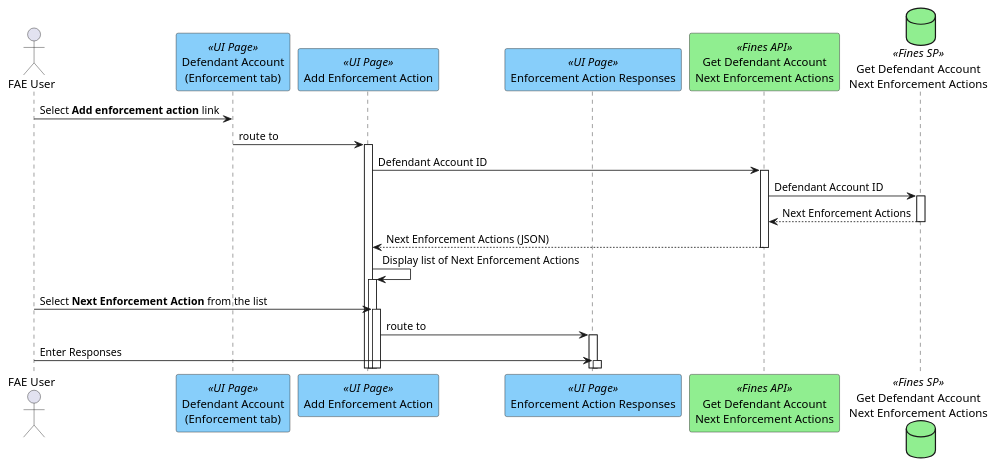
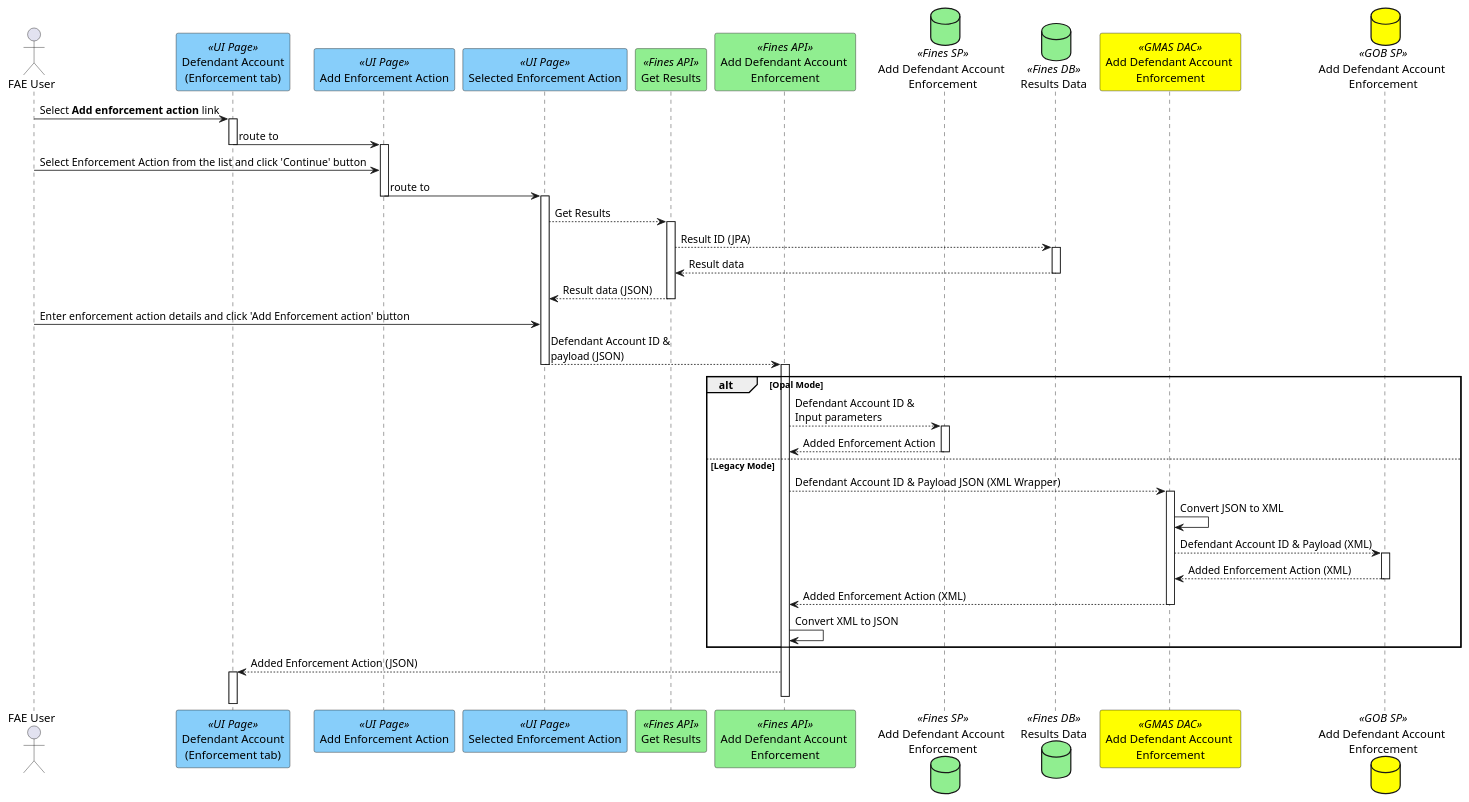
Before and after one commit to hmcts/opal-docs: the diagram in plantUML/fae-enforcement/fae-enforcement-tab-add-action.puml, drawn with PlantUML. The commit also changed 1 other file, not shown here.

Commit message:
enforcement actions and remove hold

```diff
--- a/plantUML/fae-enforcement/fae-enforcement-tab-add-action.puml
+++ b/plantUML/fae-enforcement/fae-enforcement-tab-add-action.puml
@@ -1,19 +1,34 @@
 @startuml
 actor "FAE User" as user
 participant "Defendant Account\n(Enforcement tab)" as page <<UI Page>> #lightskyblue
 participant "Add Enforcement Action" as enfpage <<UI Page>> #lightskyblue
-participant "Enforcement Action Responses" as respage <<UI Page>> #lightskyblue
-participant "Get Defendant Account\nNext Enforcement Actions" as nextenfapi <<Fines API>> #lightgreen
-database "Get Defendant Account\nNext Enforcement Actions" as nextenfsp <<Fines SP>>  #lightgreen
-user -> page : Select <b>Add enforcement action</b> link
-autoactivate on
-page -> enfpage : route to
-enfpage -> nextenfapi : Defendant Account ID
-nextenfapi -> nextenfsp : Defendant Account ID
-nextenfapi <-- nextenfsp : Next Enforcement Actions
-enfpage <-- nextenfapi : Next Enforcement Actions (JSON)
-enfpage -> enfpage : Display list of Next Enforcement Actions
-user -> enfpage : Select <b>Next Enforcement Action</b> from the list
-enfpage -> respage : route to
-user -> respage : Enter Responses
+participant "Selected Enforcement Action" as enfdetpage <<UI Page>> #lightskyblue
+participant "Get Results" as resapi <<Fines API>> #lightgreen
+participant "Add Defendant Account \nEnforcement" as nextenfapi <<Fines API>> #lightgreen
+database "Add Defendant Account \nEnforcement" as nextenfsp <<Fines SP>>  #lightgreen
+database "Results Data" as resdb <<Fines DB>>  #lightgreen
+participant "Add Defendant Account \nEnforcement" as gmasdac <<GMAS DAC>> #yellow
+database "Add Defendant Account \nEnforcement" as gobdb <<GOB SP>> #yellow
+user -> page ++: Select <b>Add enforcement action</b> link
+page -> enfpage --++: route to
+user -> enfpage : Select Enforcement Action from the list and click 'Continue' button
+enfpage -> enfdetpage --++: route to
+enfdetpage --> resapi ++: Get Results
+resapi --> resdb ++ : Result ID (JPA)
+resapi <-- resdb --: Result data
+resapi --> enfdetpage --: Result data (JSON)
+user -> enfdetpage : Enter enforcement action details and click 'Add Enforcement action' button
+enfdetpage --> nextenfapi --++: Defendant Account ID & \npayload (JSON)
+alt Opal Mode
+nextenfapi --> nextenfsp ++: Defendant Account ID & \nInput parameters
+nextenfapi <-- nextenfsp --: Added Enforcement Action
+else Legacy Mode
+nextenfapi --> gmasdac ++: Defendant Account ID & Payload JSON (XML Wrapper)
+gmasdac -> gmasdac: Convert JSON to XML
+gmasdac --> gobdb ++: Defendant Account ID & Payload (XML)
+gobdb --> gmasdac --: Added Enforcement Action (XML)
+gmasdac --> nextenfapi --: Added Enforcement Action (XML)
+nextenfapi -> nextenfapi: Convert XML to JSON
+end
+page <-- nextenfapi ++--: Added Enforcement Action (JSON)
 @enduml
```
